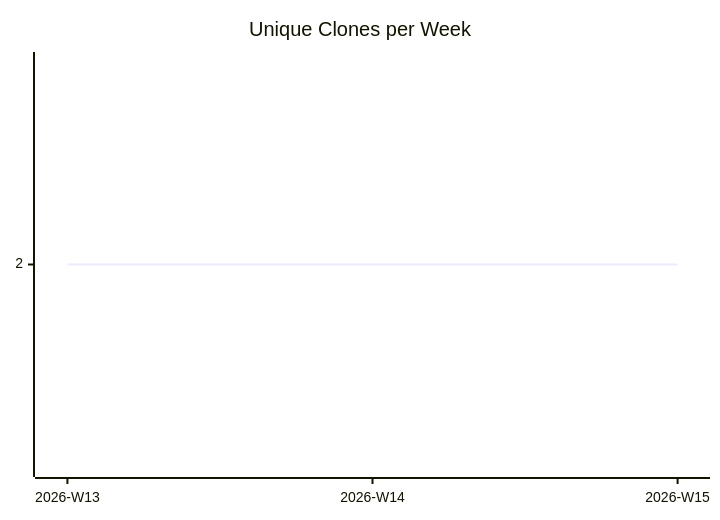
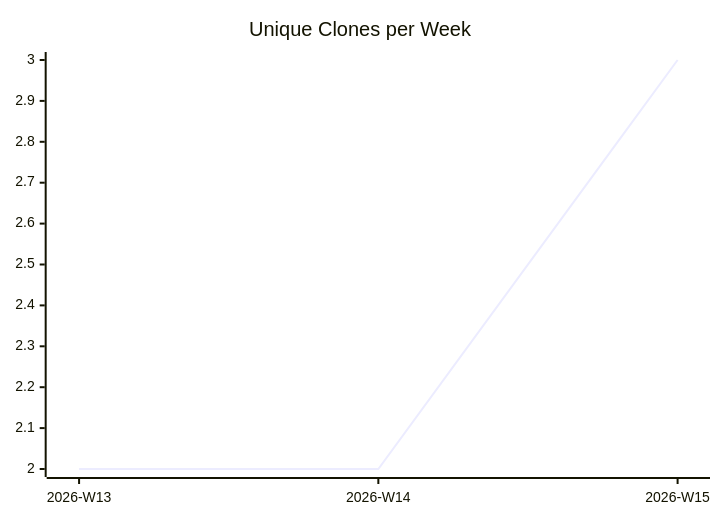
Before and after one commit to justdavis-family/github-analytics-data: the third of 3 diagrams in karlmdavis/m2e-core-tests/README.md, drawn with Mermaid. The commit also changed other lines of this file and 191 other files, not shown here.

````diff
--- a/karlmdavis/m2e-core-tests/README.md
+++ b/karlmdavis/m2e-core-tests/README.md
@@ -19,6 +19,6 @@
 ```mermaid
 xychart-beta
   title "Unique Clones per Week"
   x-axis ["2026-W13", "2026-W14", "2026-W15"]
-  line [2, 2, 2]
+  line [2, 2, 3]
 ```
````
